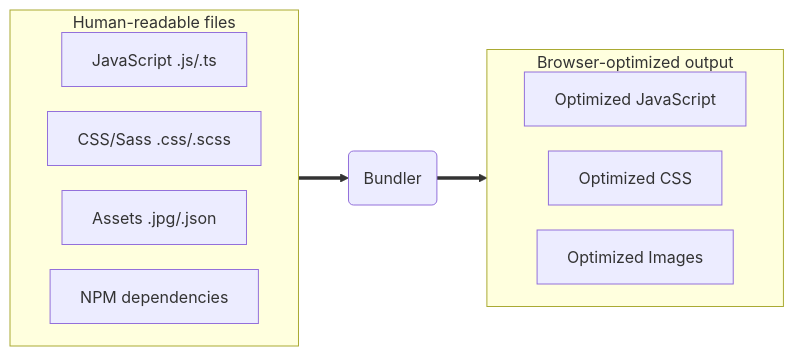
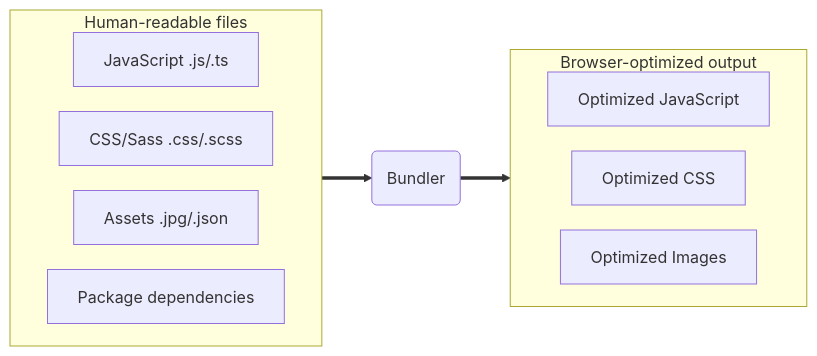
Before and after one commit to SaschaBrunnerCH/esri-presentations: the first of 3 diagrams in 2026/app-development-components-frameworks/slides.md, drawn with Mermaid. The commit also changed other lines of this file and 31 other files, not shown here.

````diff
--- a/2026/app-development-components-frameworks/slides.md
+++ b/2026/app-development-components-frameworks/slides.md
@@ -254,23 +253,23 @@
 ```mermaid {scale: 0.75}
 %%{init: {'flowchart': {'nodeSpacing': 25 }}}%%
 
 graph LR
   subgraph human_files["Human-readable files"]
     direction LR
     JS[JavaScript .js/.ts]
     CSS[CSS/Sass .css/.scss]
     IMG[Assets .jpg/.json]
-    NPM[NPM dependencies]
+    PACKAGES[Package dependencies]
   end
 
   Bundler("Bundler")
 
   subgraph optimized_output["Browser-optimized output"]
     direction LR
     O_JS[Optimized JavaScript]
     O_CSS[Optimized CSS]
     O_IMG[Optimized Images]
   end
 
   human_files ==> Bundler ==> optimized_output
 ```
````
